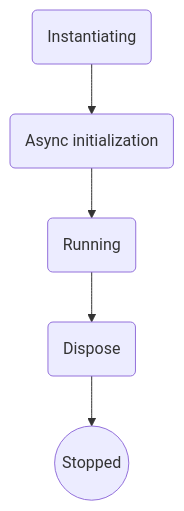
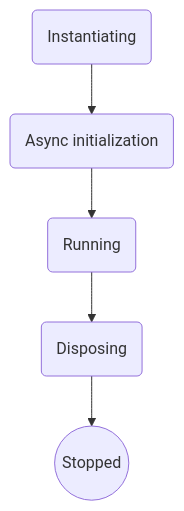
One commit to net-daemon/docs changed the diagram in docs/user/advanced/application_lifecycle.md. Above: the diagram before and after it, drawn with Mermaid. The commit also changed other lines of this file, not shown here.

Commit message:
chaned name to disposing

````diff
--- a/docs/user/advanced/application_lifecycle.md
+++ b/docs/user/advanced/application_lifecycle.md
@@ -12,7 +12,7 @@
 ```mermaid
 graph TD 
     A(Instantiating) --> B(Async initialization)
     B --> C(Running)
-    C --> D(Dispose)
+    C --> D(Disposing)
     D --> E((Stopped))
 ``` 
````
